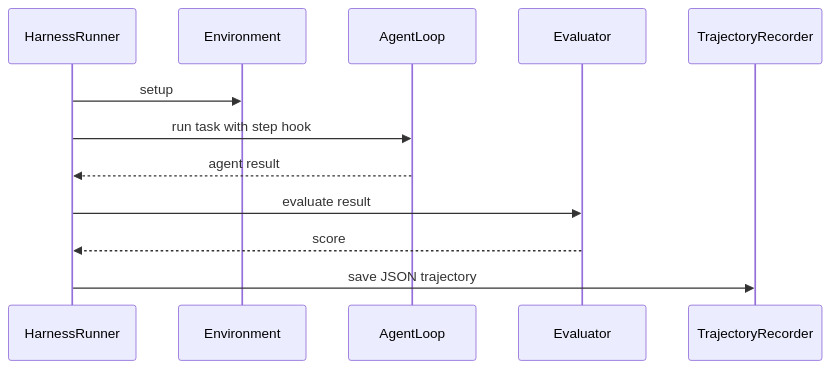
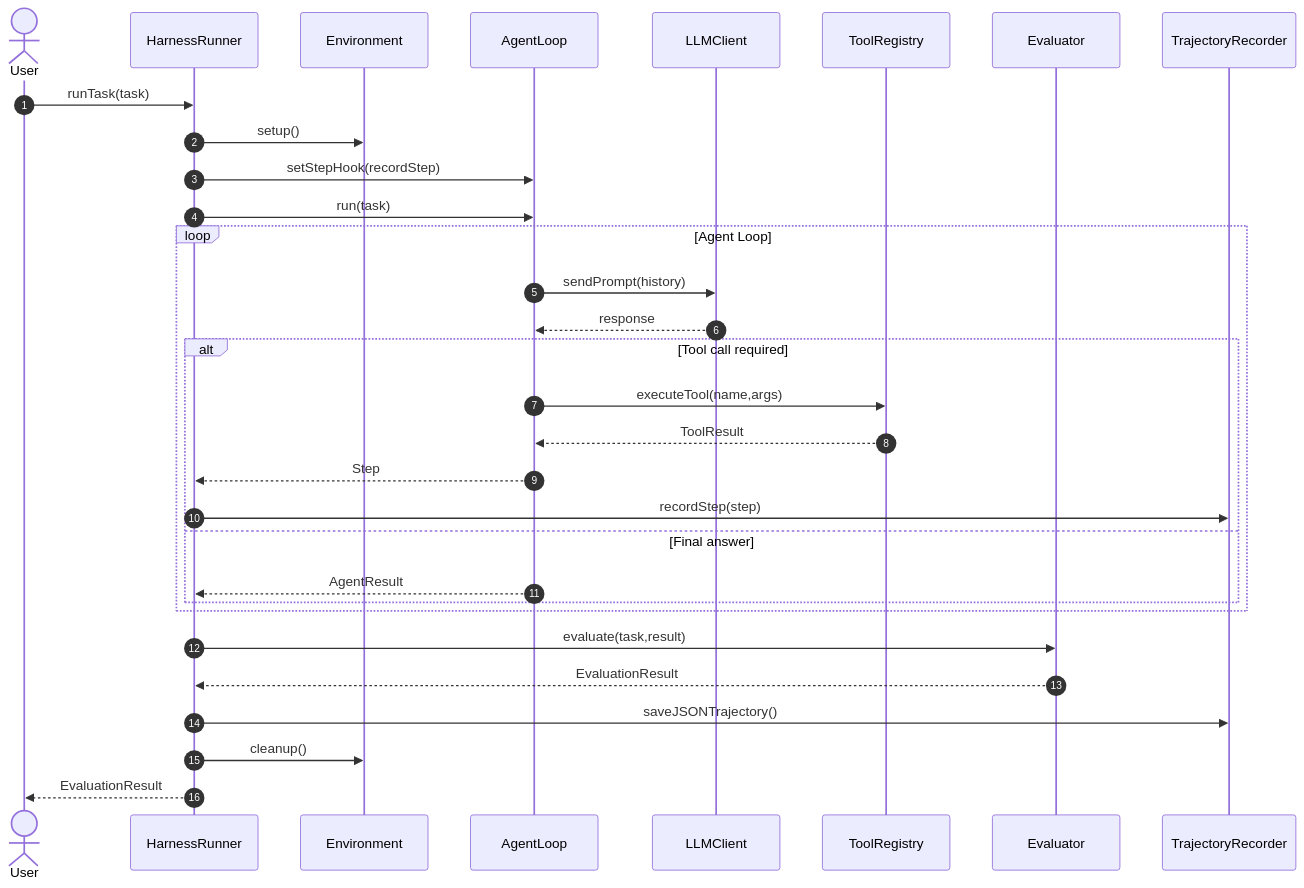
Before and after one commit to Phuoc-IT-2106/OOP---Project: the diagram in docs/sequence-harness-run.mmd, drawn with Mermaid.

```diff
--- a/docs/sequence-harness-run.mmd
+++ b/docs/sequence-harness-run.mmd
@@ -1,13 +1,42 @@
 sequenceDiagram
+    autonumber
+
+    actor User
     participant HarnessRunner
     participant Environment
     participant AgentLoop
+    participant LLMClient
+    participant ToolRegistry
     participant Evaluator
     participant TrajectoryRecorder
 
-    HarnessRunner->>Environment: setup
-    HarnessRunner->>AgentLoop: run task with step hook
-    AgentLoop-->>HarnessRunner: agent result
-    HarnessRunner->>Evaluator: evaluate result
-    Evaluator-->>HarnessRunner: score
-    HarnessRunner->>TrajectoryRecorder: save JSON trajectory
+    User->>HarnessRunner: runTask(task)
+
+    HarnessRunner->>Environment: setup()
+
+    HarnessRunner->>AgentLoop: setStepHook(recordStep)
+
+    HarnessRunner->>AgentLoop: run(task)
+
+    loop Agent Loop
+        AgentLoop->>LLMClient: sendPrompt(history)
+        LLMClient-->>AgentLoop: response
+
+        alt Tool call required
+            AgentLoop->>ToolRegistry: executeTool(name,args)
+            ToolRegistry-->>AgentLoop: ToolResult
+            AgentLoop-->>HarnessRunner: Step
+            HarnessRunner->>TrajectoryRecorder: recordStep(step)
+        else Final answer
+            AgentLoop-->>HarnessRunner: AgentResult
+        end
+    end
+
+    HarnessRunner->>Evaluator: evaluate(task,result)
+    Evaluator-->>HarnessRunner: EvaluationResult
+
+    HarnessRunner->>TrajectoryRecorder: saveJSONTrajectory()
+
+    HarnessRunner->>Environment: cleanup()
+
+    HarnessRunner-->>User: EvaluationResult
```
